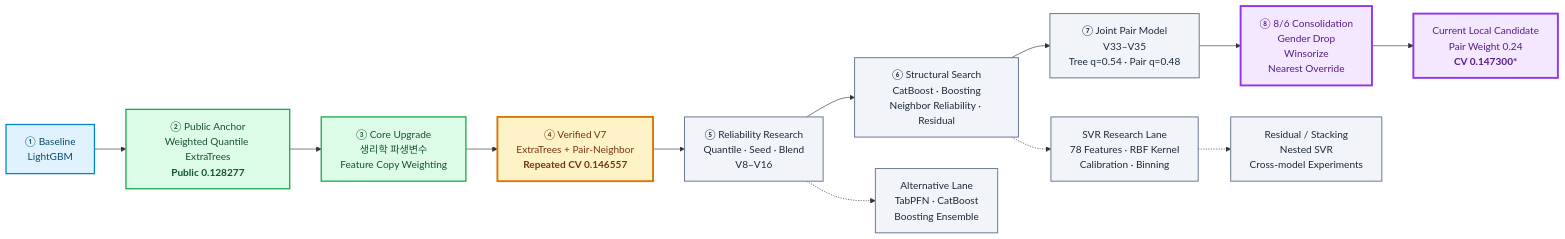
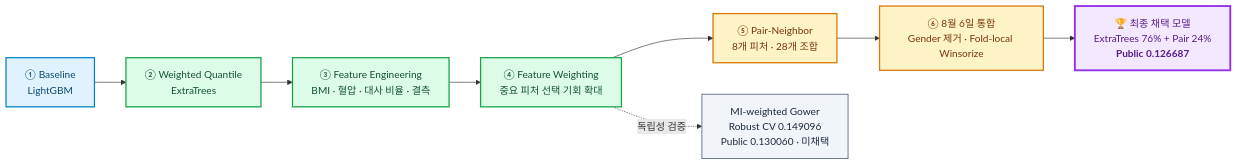
One commit to thisisstress/stress_project_BS changed the first of 2 diagrams in README.md. Above: the diagram before and after it, drawn with Mermaid. The commit also changed other lines of this file, not shown here.

Commit message:
docs: align README with final presentation results

````diff
--- a/README.md
+++ b/README.md
@@ -24,36 +24,23 @@
 ```mermaid
 flowchart LR
-    A["① Baseline<br/>LightGBM"] --> B["② Public Anchor<br/>Weighted Quantile ExtraTrees<br/><b>Public 0.128277</b>"]
+    A["① Baseline<br/>LightGBM"] --> B["② Weighted Quantile<br/>ExtraTrees"]
+    B --> C["③ Feature Engineering<br/>BMI · 혈압 · 대사 비율 · 결측"]
+    C --> D["④ Feature Weighting<br/>중요 피처 선택 기회 확대"]
+    D --> E["⑤ Pair-Neighbor<br/>8개 피처 · 28개 조합"]
+    E --> F["⑥ 8월 6일 통합<br/>Gender 제거 · Fold-local Winsorize"]
+    F --> G["🏆 최종 채택 모델<br/>ExtraTrees 76% + Pair 24%<br/><b>Public 0.126687</b>"]
 
-    B --> C["③ Core Upgrade<br/>생리학 파생변수<br/>Feature Copy Weighting"]
+    D -. 독립성 검증 .-> H["MI-weighted Gower<br/>Robust CV 0.149096<br/>Public 0.130060 · 미채택"]
 
-    C --> D["④ Verified V7<br/>ExtraTrees + Pair-Neighbor<br/><b>Repeated CV 0.146557</b>"]
+    classDef base fill:#E0F2FE,stroke:#0284C7,color:#0C4A6E,stroke-width:2px;
+    classDef core fill:#DCFCE7,stroke:#16A34A,color:#14532D,stroke-width:2px;
+    classDef hybrid fill:#FEF3C7,stroke:#D97706,color:#78350F,stroke-width:2px;
+    classDef final fill:#F3E8FF,stroke:#9333EA,color:#581C87,stroke-width:3px;
+    classDef alt fill:#F1F5F9,stroke:#64748B,color:#1E293B,stroke-width:1.5px;
 
-    D --> E["⑤ Reliability Research<br/>Quantile · Seed · Blend<br/>V8–V16"]
-
-    E --> F["⑥ Structural Search<br/>CatBoost · Boosting<br/>Neighbor Reliability · Residual"]
-
-    F --> G["⑦ Joint Pair Model<br/>V33–V35<br/>Tree q=0.54 · Pair q=0.48"]
-
-    G --> H["⑧ 8/6 Consolidation<br/>Gender Drop<br/>Winsorize<br/>Nearest Override"]
-
-    H --> I["Current Local Candidate<br/>Pair Weight 0.24<br/><b>CV 0.147300*</b>"]
-
-    E -.-> T["Alternative Lane<br/>TabPFN · CatBoost<br/>Boosting Ensemble"]
-
-    F -.-> S["SVR Research Lane<br/>78 Features · RBF Kernel<br/>Calibration · Binning"]
-
-    S -.-> X["Residual / Stacking<br/>Nested SVR<br/>Cross-model Experiments"]
-
-    classDef baseline fill:#E0F2FE,stroke:#0284C7,color:#0C4A6E,stroke-width:2px;
-    classDef core fill:#DCFCE7,stroke:#16A34A,color:#14532D,stroke-width:2px;
-    classDef verified fill:#FEF3C7,stroke:#D97706,color:#78350F,stroke-width:3px;
-    classDef research fill:#F1F5F9,stroke:#64748B,color:#1E293B,stroke-width:1.5px;
-    classDef current fill:#F3E8FF,stroke:#9333EA,color:#581C87,stroke-width:3px;
-
-    class A baseline;
-    class B,C core;
-    class D verified;
-    class E,F,G,T,S,X research;
-    class H,I current;
+    class A base;
+    class B,C,D core;
+    class E,F hybrid;
+    class G final;
+    class H alt;
 ```
````
